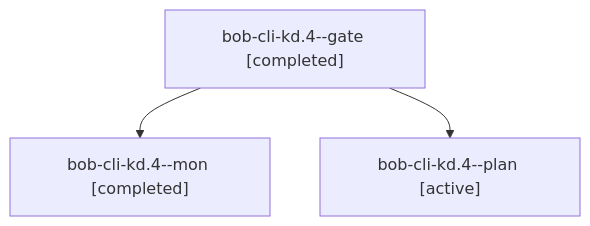
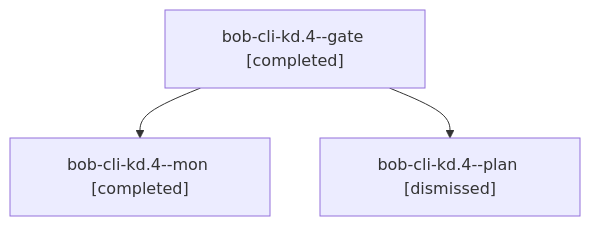
One commit to bobs-org/bob-cli--agents changed the diagram in sessions/bbugyi200.athena.bob-cli-kd.4.md. Above: the diagram before and after it, drawn with Mermaid. The commit also changed other lines of this file and 61 other files, not shown here.

````diff
--- a/sessions/bbugyi200.athena.bob-cli-kd.4.md
+++ b/sessions/bbugyi200.athena.bob-cli-kd.4.md
@@ -9,8 +9,8 @@
 ```mermaid
 flowchart TD
   n0["bob-cli-kd.4--gate [completed]"]
   n1["bob-cli-kd.4--mon [completed]"]
   n0 --> n1
-  n2["bob-cli-kd.4--plan [active]"]
+  n2["bob-cli-kd.4--plan [dismissed]"]
   n0 --> n2
 ```
````
